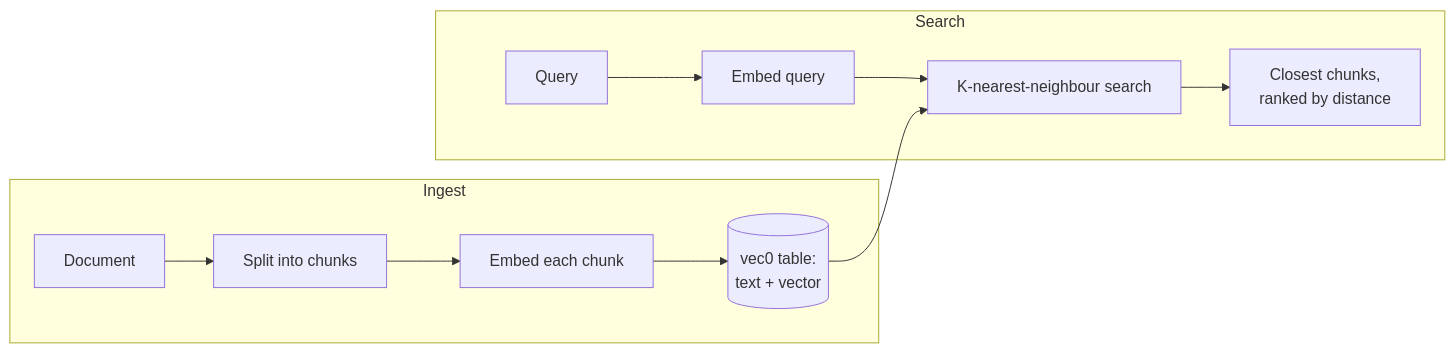
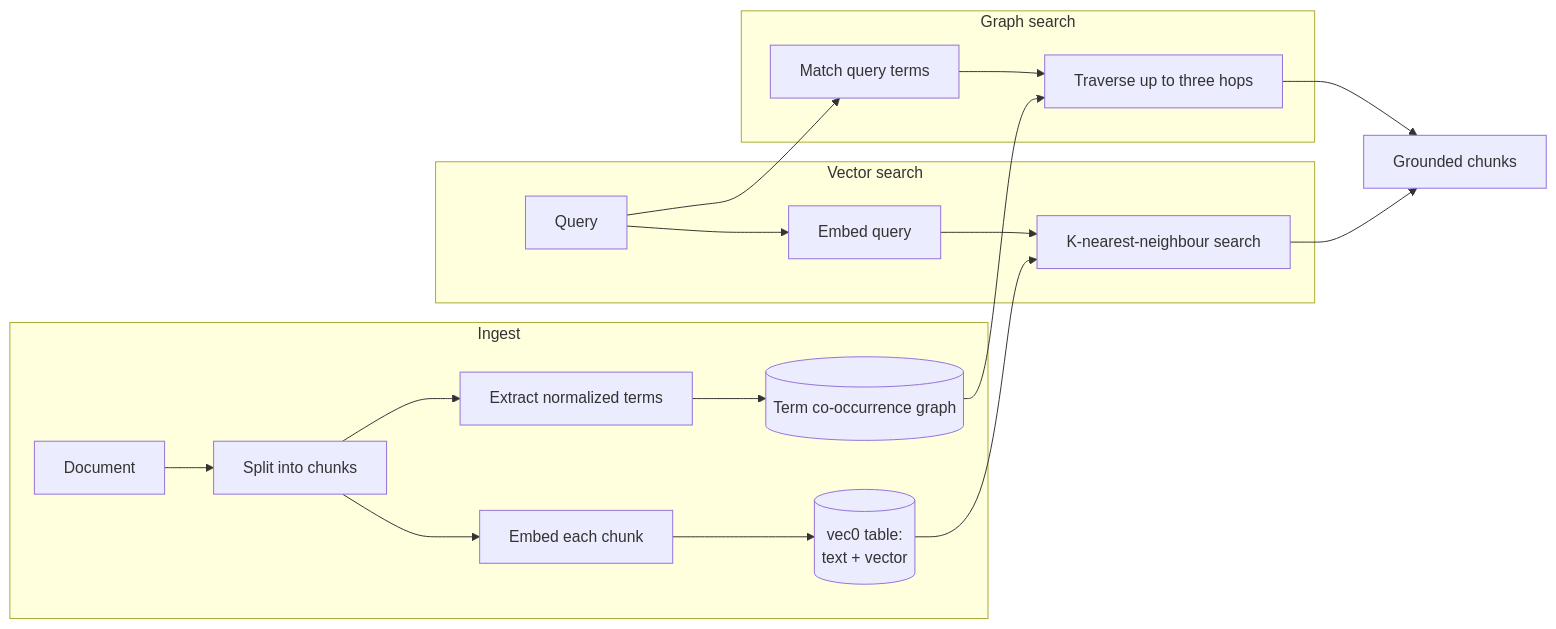
The diagram in content/docs/core/spaces-rag.mdx (amajorai/ryu-docs), drawn with Mermaid before and after one commit. The commit also changed other lines of this file and 374 other files, not shown here.

````diff
--- a/content/docs/core/spaces-rag.mdx
+++ b/content/docs/core/spaces-rag.mdx
@@ -65,14 +114,22 @@
 ```mermaid
 flowchart LR
   subgraph Ingest
     Doc[Document] --> Chunk[Split into chunks]
     Chunk --> Emb[Embed each chunk]
     Emb --> Store[(vec0 table:<br/>text + vector)]
+    Chunk --> Terms[Extract normalized terms]
+    Terms --> Graph[(Term co-occurrence graph)]
   end
-  subgraph Search
+  subgraph Vector search
     Q[Query] --> QEmb[Embed query]
     QEmb --> KNN[K-nearest-neighbour search]
     Store --> KNN
-    KNN --> Res[Closest chunks,<br/>ranked by distance]
   end
+  subgraph Graph search
+    Q --> QTerms[Match query terms]
+    QTerms --> Walk[Traverse up to three hops]
+    Graph --> Walk
+  end
+  KNN --> Res[Grounded chunks]
+  Walk --> Res
 ```
````
